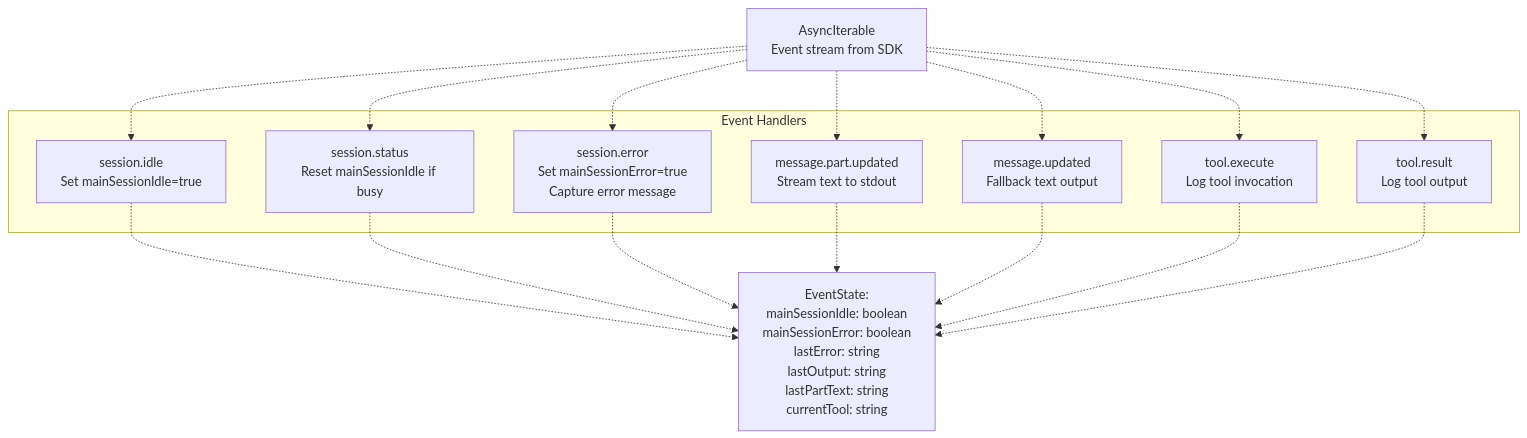
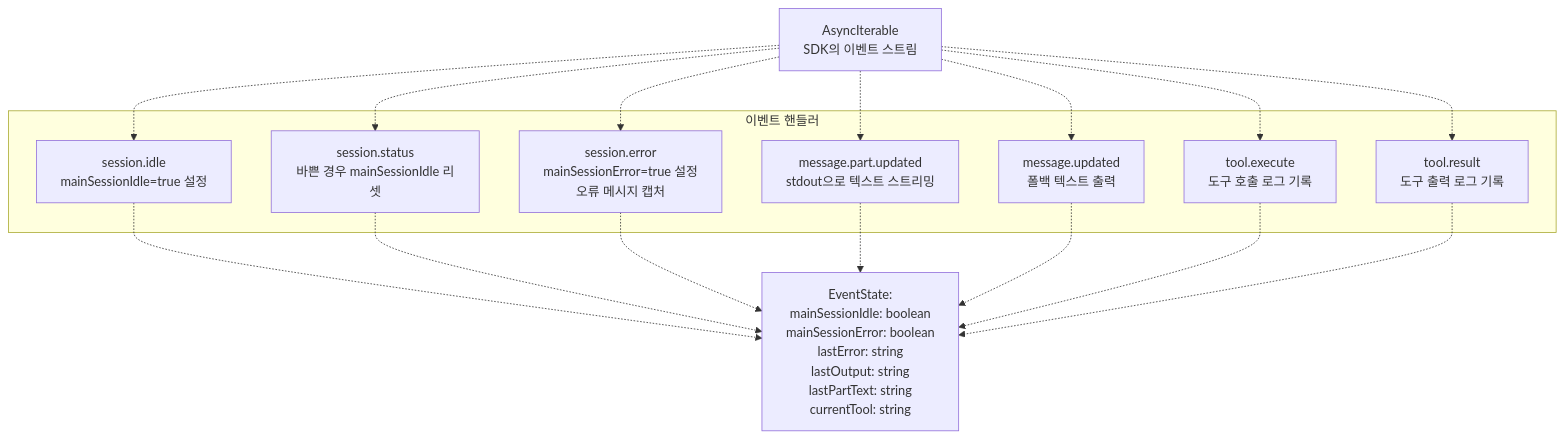
One commit to felipetruman/oh-my-opencode-docs changed the seventh of 9 diagrams in docs/automation/sisyphus-agent-workflow.md. Above: the diagram before and after it, drawn with Mermaid. The commit also changed other lines of this file and 76 other files, not shown here.

````diff
--- a/docs/automation/sisyphus-agent-workflow.md
+++ b/docs/automation/sisyphus-agent-workflow.md
@@ -416,38 +386,38 @@
 ```mermaid
 flowchart TD
 
-EventStream["AsyncIterable<br>Event stream from SDK"]
-SessionIdle["session.idle<br>Set mainSessionIdle=true"]
-SessionStatus["session.status<br>Reset mainSessionIdle if busy"]
-SessionError["session.error<br>Set mainSessionError=true<br>Capture error message"]
-MessagePartUpdated["message.part.updated<br>Stream text to stdout"]
-MessageUpdated["message.updated<br>Fallback text output"]
-ToolExecute["tool.execute<br>Log tool invocation"]
-ToolResult["tool.result<br>Log tool output"]
+EventStream["AsyncIterable<br>SDK의 이벤트 스트림"]
+SessionIdle["session.idle<br>mainSessionIdle=true 설정"]
+SessionStatus["session.status<br>바쁜 경우 mainSessionIdle 리셋"]
+SessionError["session.error<br>mainSessionError=true 설정<br>오류 메시지 캡처"]
+MessagePartUpdated["message.part.updated<br>stdout으로 텍스트 스트리밍"]
+MessageUpdated["message.updated<br>폴백 텍스트 출력"]
+ToolExecute["tool.execute<br>도구 호출 로그 기록"]
+ToolResult["tool.result<br>도구 출력 로그 기록"]
 EventState["EventState:<br>mainSessionIdle: boolean<br>mainSessionError: boolean<br>lastError: string<br>lastOutput: string<br>lastPartText: string<br>currentTool: string"]
 
 EventStream -.-> SessionIdle
 EventStream -.-> SessionStatus
 EventStream -.-> SessionError
 EventStream -.-> MessagePartUpdated
 EventStream -.-> MessageUpdated
 EventStream -.-> ToolExecute
 EventStream -.-> ToolResult
 SessionIdle -.-> EventState
 SessionStatus -.-> EventState
 SessionError -.-> EventState
 MessagePartUpdated -.-> EventState
 MessageUpdated -.-> EventState
 ToolExecute -.-> EventState
 ToolResult -.-> EventState
 
-subgraph subGraph0 ["Event Handlers"]
+subgraph subGraph0 ["이벤트 핸들러"]
     SessionIdle
     SessionStatus
     SessionError
     MessagePartUpdated
     MessageUpdated
     ToolExecute
     ToolResult
 end
 ```
````
